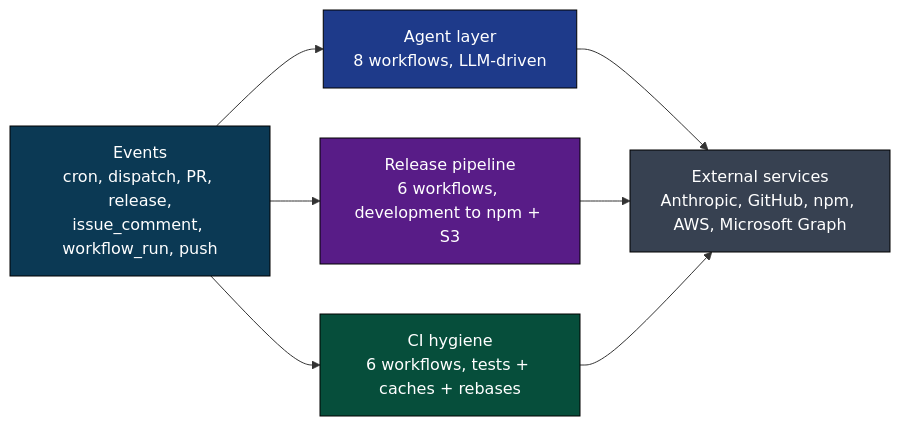
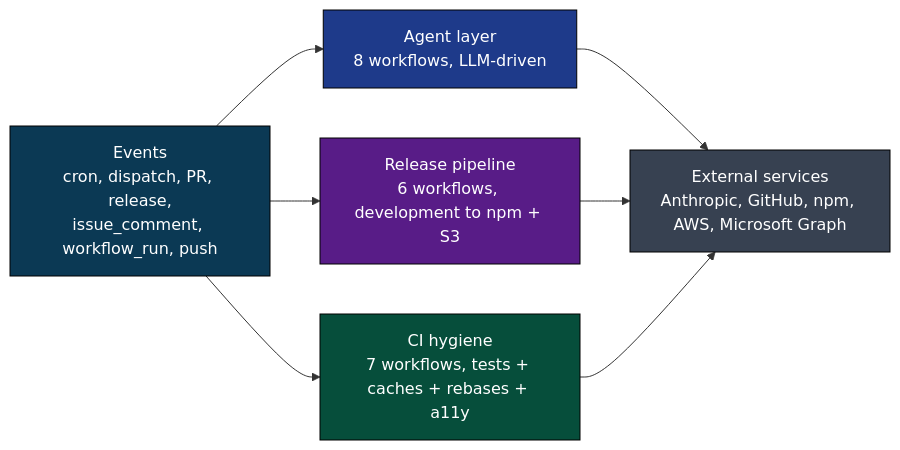
One commit to llm-exe/llm-exe changed the first of 16 diagrams in .github/docs/WORKFLOW_ARCHITECTURE.md. Above: the diagram before and after it, drawn with Mermaid. The commit also changed other lines of this file and 3 other files, not shown here.

````diff
--- a/.github/docs/WORKFLOW_ARCHITECTURE.md
+++ b/.github/docs/WORKFLOW_ARCHITECTURE.md
@@ -47,21 +47,21 @@
 ```mermaid
 flowchart LR
     classDef trig fill:#0b3954,color:#fff,stroke:#000
     classDef agent fill:#1e3a8a,color:#fff,stroke:#000
     classDef rel fill:#581c87,color:#fff,stroke:#000
     classDef hyg fill:#064e3b,color:#fff,stroke:#000
     classDef ext fill:#374151,color:#fff,stroke:#000
 
     T["Events<br/>cron, dispatch, PR, release,<br/>issue_comment, workflow_run, push"]:::trig
     A["Agent layer<br/>8 workflows, LLM-driven"]:::agent
     R["Release pipeline<br/>6 workflows, development to npm + S3"]:::rel
-    H["CI hygiene<br/>6 workflows, tests + caches + rebases"]:::hyg
+    H["CI hygiene<br/>7 workflows, tests + caches + rebases + a11y"]:::hyg
     X["External services<br/>Anthropic, GitHub, npm, AWS, Microsoft Graph"]:::ext
 
     T --> A
     T --> R
     T --> H
     A --> X
     R --> X
     H --> X
 ```
````
